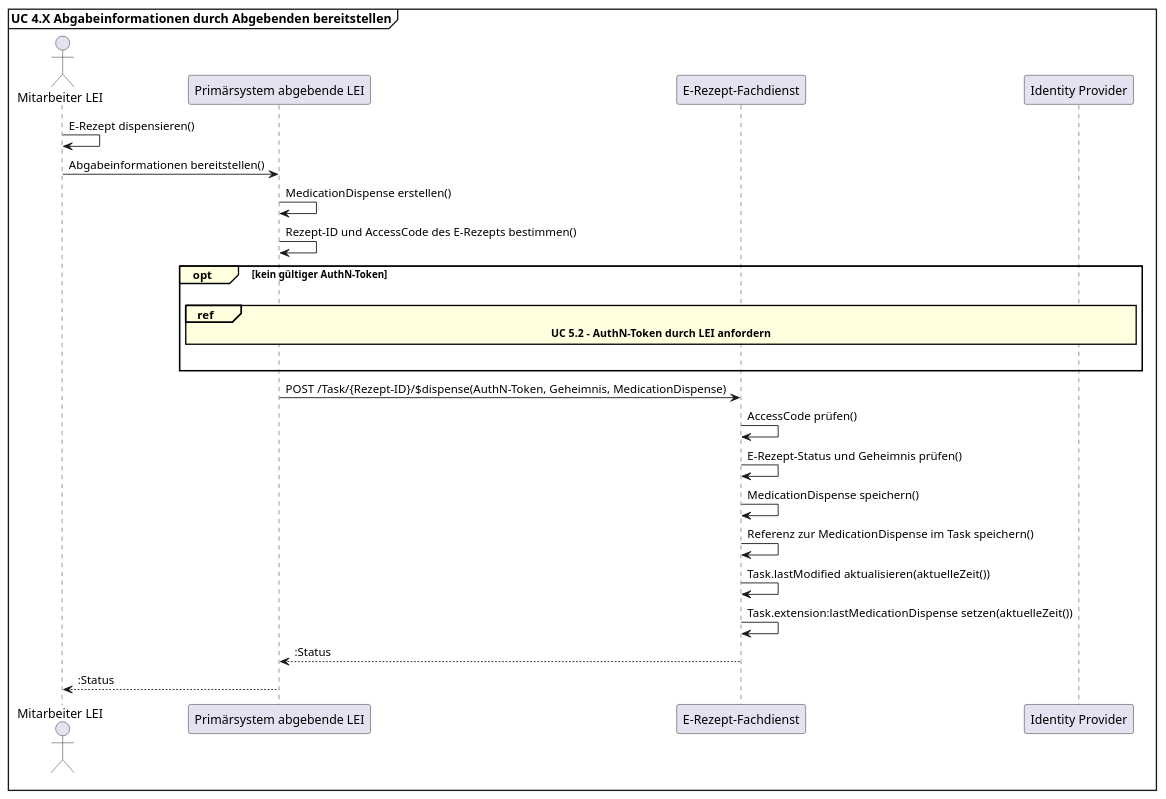
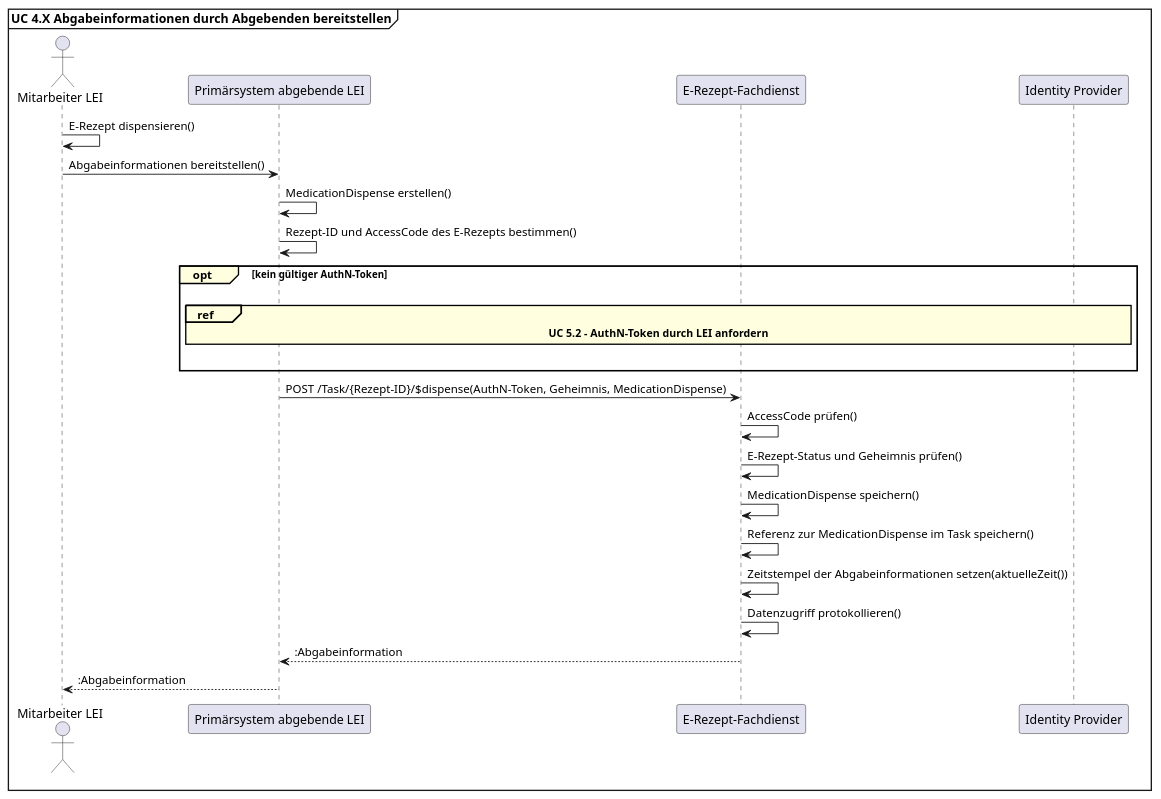
Before and after one commit to gematik/api-erp: the diagram in puml/uc_abgabeinformationen_bereitstellen.puml, drawn with PlantUML. The commit also changed 6 other files, not shown here.

```diff
--- a/puml/uc_abgabeinformationen_bereitstellen.puml
+++ b/puml/uc_abgabeinformationen_bereitstellen.puml
@@ -1,30 +1,30 @@
 @startuml Abgabeinformationen bereitstellen
 skinparam sequenceReferenceBackgroundColor LightYellow
 mainframe **UC 4.X Abgabeinformationen durch Abgebenden bereitstellen**
 
 actor "Mitarbeiter LEI" as Apotheker
 participant "Primärsystem abgebende LEI" as AVS
 participant "E-Rezept-Fachdienst" as FD
 participant "Identity Provider" as IDP
 
 Apotheker -> Apotheker: E-Rezept dispensieren()
 Apotheker -> AVS: Abgabeinformationen bereitstellen()
 AVS -> AVS: MedicationDispense erstellen()
 AVS -> AVS: Rezept-ID und AccessCode des E-Rezepts bestimmen()
 opt#LightYellow kein gültiger AuthN-Token
 |||
 ref#LightYellow over FD, AVS, IDP: <b>UC 5.2 - AuthN-Token durch LEI anfordern</b>
 |||
 end
 AVS -> FD: POST /Task/{Rezept-ID}/$dispense(AuthN-Token, Geheimnis, MedicationDispense)
 
 FD -> FD: AccessCode prüfen()
 FD -> FD: E-Rezept-Status und Geheimnis prüfen()
 FD -> FD: MedicationDispense speichern()
 FD -> FD: Referenz zur MedicationDispense im Task speichern()
-FD -> FD: Task.lastModified aktualisieren(aktuelleZeit())
-FD -> FD: Task.extension:lastMedicationDispense setzen(aktuelleZeit())
-FD --> AVS: :Status
-AVS --> Apotheker: :Status
+FD -> FD: Zeitstempel der Abgabeinformationen setzen(aktuelleZeit())
+FD -> FD: Datenzugriff protokollieren()
+FD --> AVS: :Abgabeinformation
+AVS --> Apotheker: :Abgabeinformation
 
 @enduml
```
